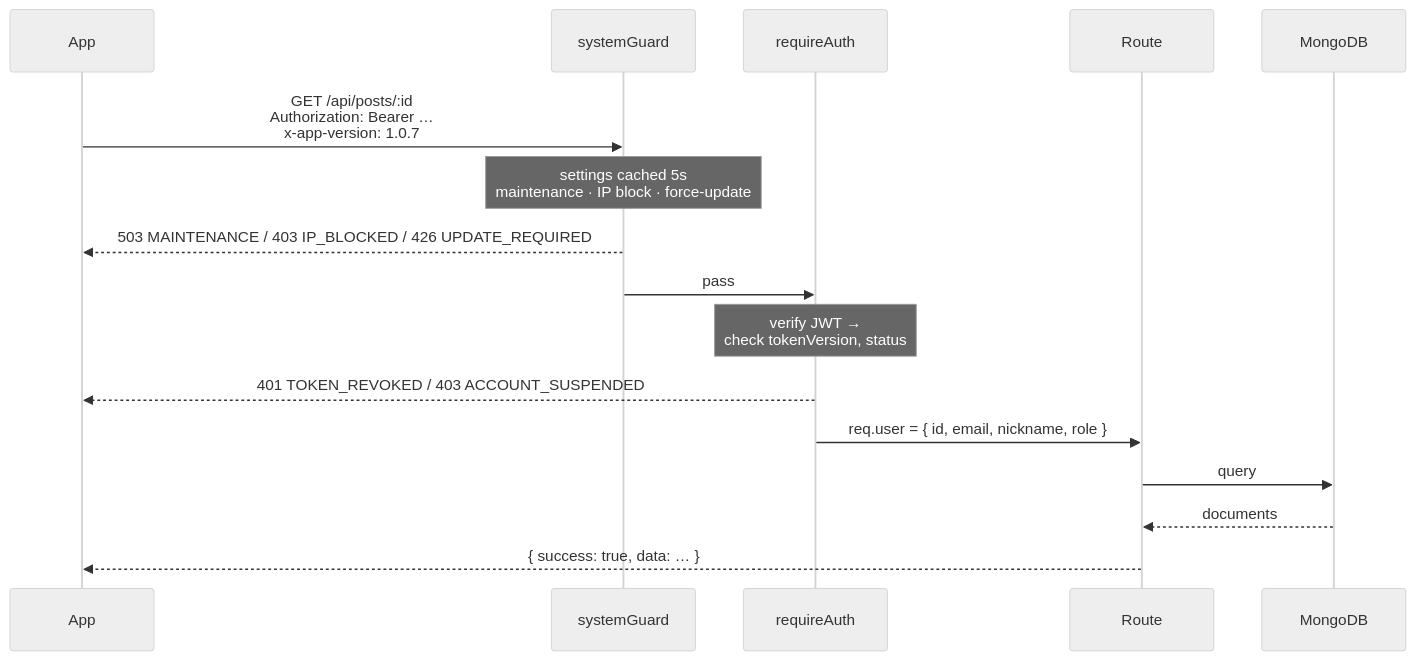
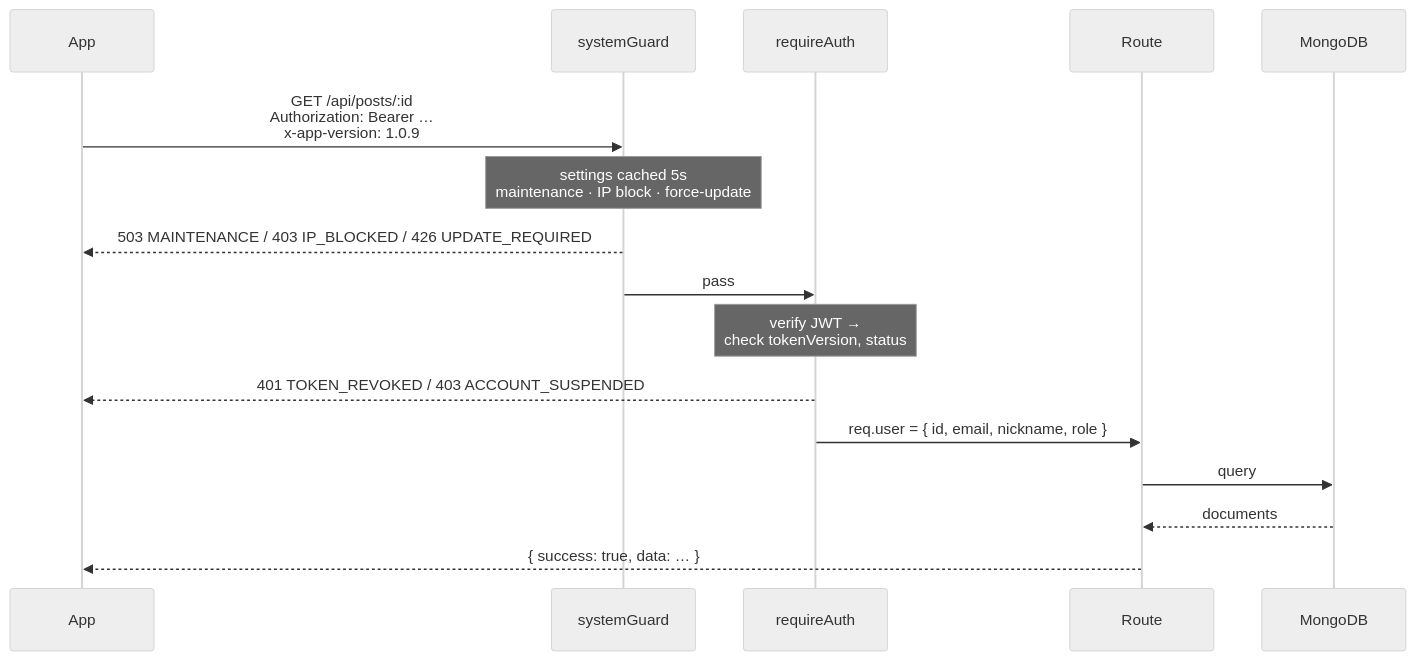
One commit to HyeonjunSon/camoim changed the second of 6 diagrams in docs/ARCHITECTURE.md. Above: the diagram before and after it, drawn with Mermaid (neutral theme). The commit also changed other lines of this file and 7 other files, not shown here.

````diff
--- a/docs/ARCHITECTURE.md
+++ b/docs/ARCHITECTURE.md
@@ -78,19 +95,19 @@
 ```mermaid
 sequenceDiagram
     participant App
     participant Guard as systemGuard
     participant Auth as requireAuth
     participant Route
     participant DB as MongoDB
 
-    App->>Guard: GET /api/posts/:id<br/>Authorization: Bearer …<br/>x-app-version: 1.0.7
+    App->>Guard: GET /api/posts/:id<br/>Authorization: Bearer …<br/>x-app-version: 1.0.9
     Note over Guard: settings cached 5s<br/>maintenance · IP block · force-update
     Guard-->>App: 503 MAINTENANCE / 403 IP_BLOCKED / 426 UPDATE_REQUIRED
     Guard->>Auth: pass
     Note over Auth: verify JWT →<br/>check tokenVersion, status
     Auth-->>App: 401 TOKEN_REVOKED / 403 ACCOUNT_SUSPENDED
     Auth->>Route: req.user = { id, email, nickname, role }
     Route->>DB: query
     DB-->>Route: documents
     Route-->>App: { success: true, data: … }
 ```
````
